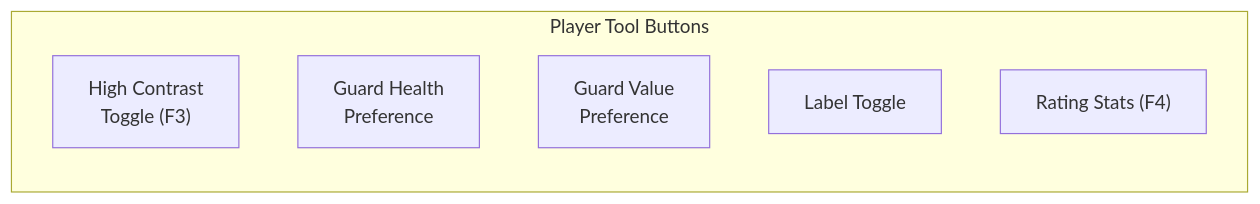
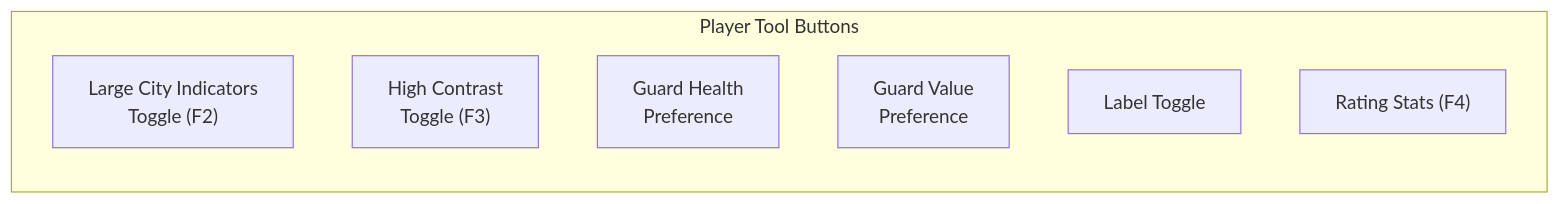
One commit to Warcraft-3-Risk/wc3-risk-system changed the third of 3 diagrams in docs/gameplay/commands.md. Above: the diagram before and after it, drawn with Mermaid. The commit also changed other lines of this file and 14 other files, not shown here.

Commit message:
feat: add large city indicators toggle and update related UI elements

````diff
--- a/docs/gameplay/commands.md
+++ b/docs/gameplay/commands.md
@@ -220,10 +220,11 @@
 ```mermaid
 flowchart LR
     subgraph Buttons ["Player Tool Buttons"]
-        B0["High Contrast<br/>Toggle (F3)"]
-        B1["Guard Health<br/>Preference"]
-        B2["Guard Value<br/>Preference"]
-        B3["Label Toggle"]
-        B4["Rating Stats (F4)"]
+        B0["Large City Indicators<br/>Toggle (F2)"]
+        B1["High Contrast<br/>Toggle (F3)"]
+        B2["Guard Health<br/>Preference"]
+        B3["Guard Value<br/>Preference"]
+        B4["Label Toggle"]
+        B5["Rating Stats (F4)"]
     end
 ```
````
